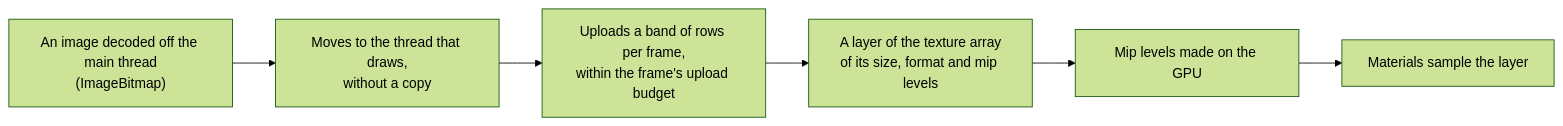
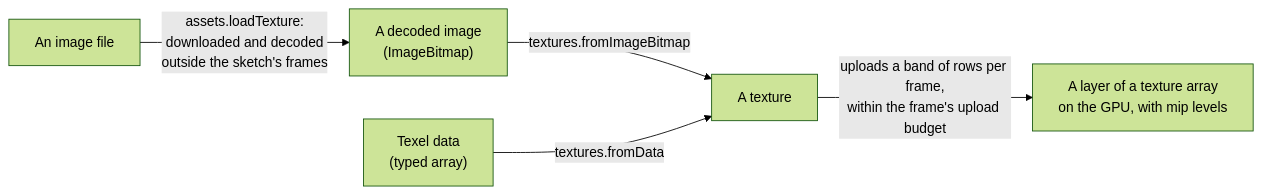
The diagram in docs/api/textures.md (null3d-engine/null3d), drawn with Mermaid (forest theme) before and after one commit. The commit also changed other lines of this file and 57 other files, not shown here.

````diff
--- a/docs/api/textures.md
+++ b/docs/api/textures.md
@@ -13,8 +13,7 @@
 ```mermaid
 flowchart LR
-    decode["An image decoded off the main thread<br/>(ImageBitmap)"] --> move["Moves to the thread that draws,<br/>without a copy"]
-    move --> budget["Uploads a band of rows per frame,<br/>within the frame's upload budget"]
-    budget --> layer["A layer of the texture array<br/>of its size, format and mip levels"]
-    layer --> mips["Mip levels made on the GPU"]
-    mips --> draw["Materials sample the layer"]
+    file["An image file"] -->|"assets.loadTexture:<br/>downloaded and decoded<br/>outside the sketch's frames"| image["A decoded image<br/>(ImageBitmap)"]
+    image -->|"textures.fromImageBitmap"| texture["A texture"]
+    data["Texel data<br/>(typed array)"] -->|"textures.fromData"| texture
+    texture -->|"uploads a band of rows per frame,<br/>within the frame's upload budget"| layer["A layer of a texture array<br/>on the GPU, with mip levels"]
 ```
````
